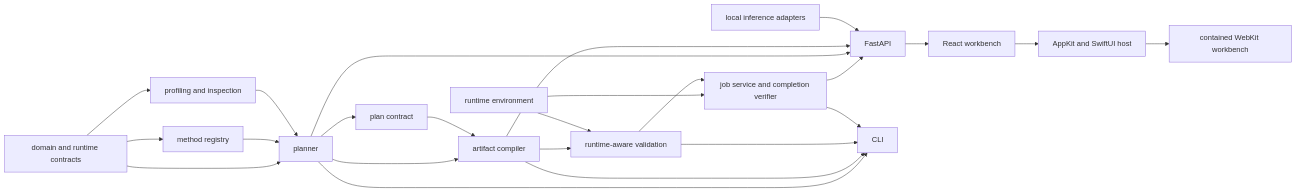
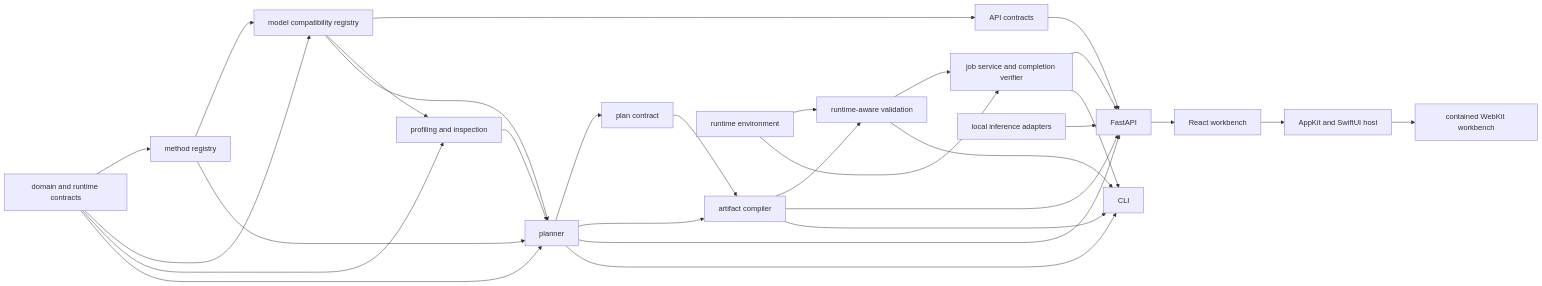
The diagram in docs/architecture/code-map.md (ogprotege/Aptus), drawn with Mermaid before and after one commit. The commit also changed other lines of this file and 21 other files, not shown here.

Commit message:
Centralize model compatibility policy

````diff
--- a/docs/architecture/code-map.md
+++ b/docs/architecture/code-map.md
@@ -61,26 +62,32 @@
 ```mermaid
 flowchart LR
   D["domain and runtime contracts"] --> MR["method registry"]
+  D --> MCP["model compatibility registry"]
+  MR --> MCP
+  MCP --> AC["API contracts"]
+  AC --> A
   D --> P["profiling and inspection"]
   D --> PL["planner"]
   MR --> PL
+  MCP --> P
+  MCP --> PL
   P --> PL
   PL --> PC["plan contract"]
   PL --> G["artifact compiler"]
   PC --> G
   G --> V["runtime-aware validation"]
   RE["runtime environment"] --> V
   RE --> E
   V --> E["job service and completion verifier"]
   E --> A["FastAPI"]
   PL --> A
   G --> A
   A --> W["React workbench"]
   W --> M["AppKit and SwiftUI host"]
   M --> CW["contained WebKit workbench"]
   I["local inference adapters"] --> A
   PL --> C["CLI"]
   G --> C
   V --> C
   E --> C
 ```
````
